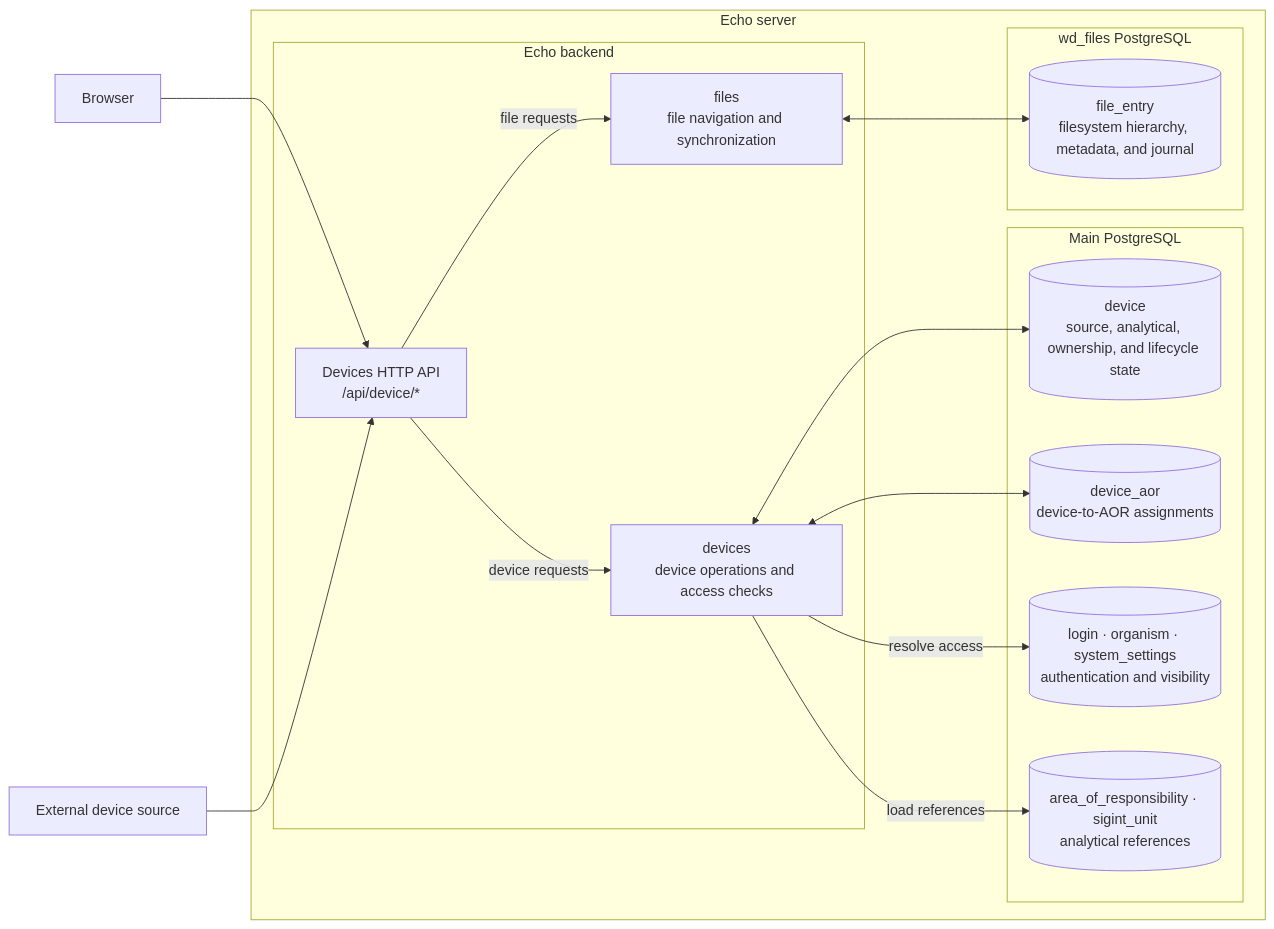
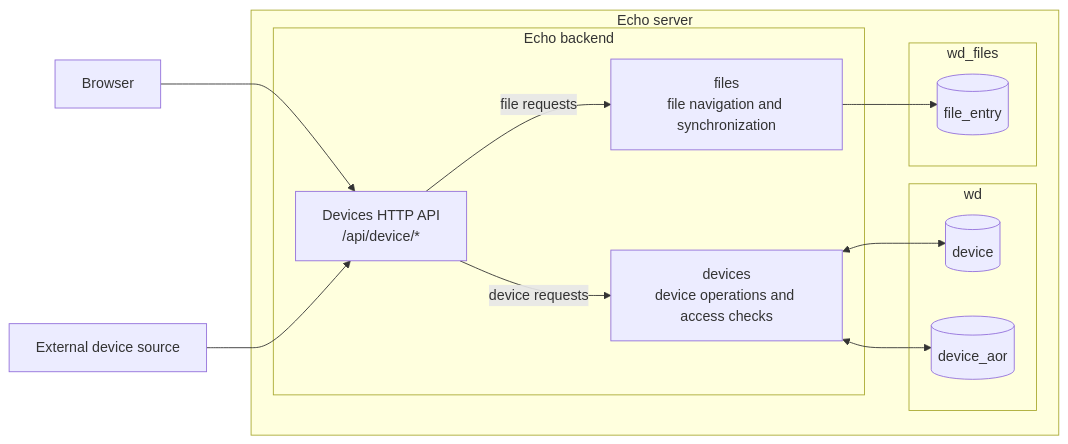
Before and after one commit to murczyk/echo: the first of 2 diagrams in archive/2026-07-29-devices/README.md, drawn with Mermaid. The commit also changed other lines of this file and 19 other files, not shown here.

````diff
--- a/archive/2026-07-29-devices/README.md
+++ b/archive/2026-07-29-devices/README.md
@@ -35,35 +14,31 @@
 ```mermaid
 flowchart LR
     Browser["Browser"]
     ExternalSource["External device source"]
 
     subgraph Host["Echo server"]
         subgraph Backend["Echo backend"]
             API["Devices HTTP API<br/>/api/device/*"]
             Devices["devices<br/>device operations and access checks"]
             Files["files<br/>file navigation and synchronization"]
         end
 
-        subgraph MainPostgreSQL["Main PostgreSQL"]
-            DeviceTable[("device<br/>source, analytical, ownership, and lifecycle state")]
-            DeviceAorTable[("device_aor<br/>device-to-AOR assignments")]
-            AccessTables[("login · organism · system_settings<br/>authentication and visibility")]
-            SigintTables[("area_of_responsibility · sigint_unit<br/>analytical references")]
+        subgraph MainPostgreSQL["wd"]
+            DeviceTable[("device<br/>")]
+            DeviceAorTable[("device_aor<br/")]
         end
 
-        subgraph FileRegistryPostgreSQL["wd_files PostgreSQL"]
-            FileEntryTable[("file_entry<br/>filesystem hierarchy, metadata, and journal")]
+        subgraph FileRegistryPostgreSQL["wd_files"]
+            FileEntryTable[("file_entry<br/>")]
         end
 
         API -->|"device requests"| Devices
         API -->|"file requests"| Files
         Devices <--> DeviceTable
         Devices <--> DeviceAorTable
-        Devices -->|"resolve access"| AccessTables
-        Devices -->|"load references"| SigintTables
-        Files <--> FileEntryTable
+        Files --> FileEntryTable
     end
 
     Browser --> API
     ExternalSource --> API
 ```
````
